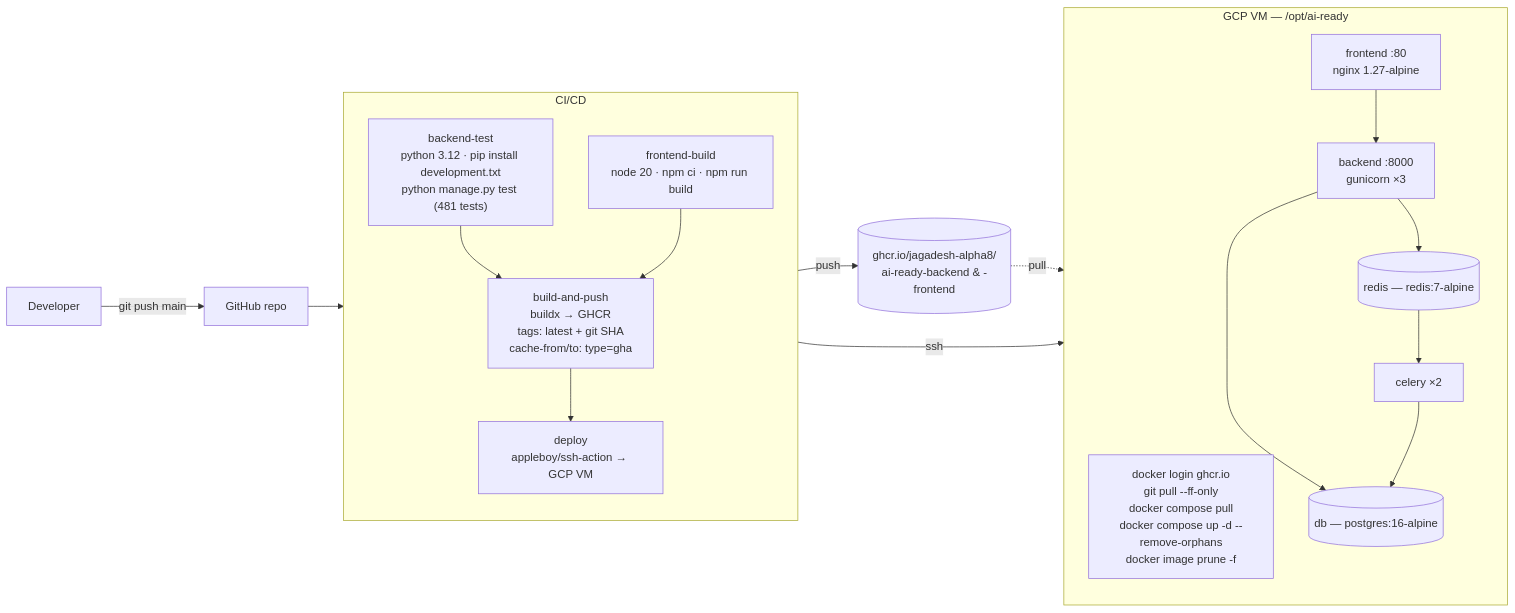
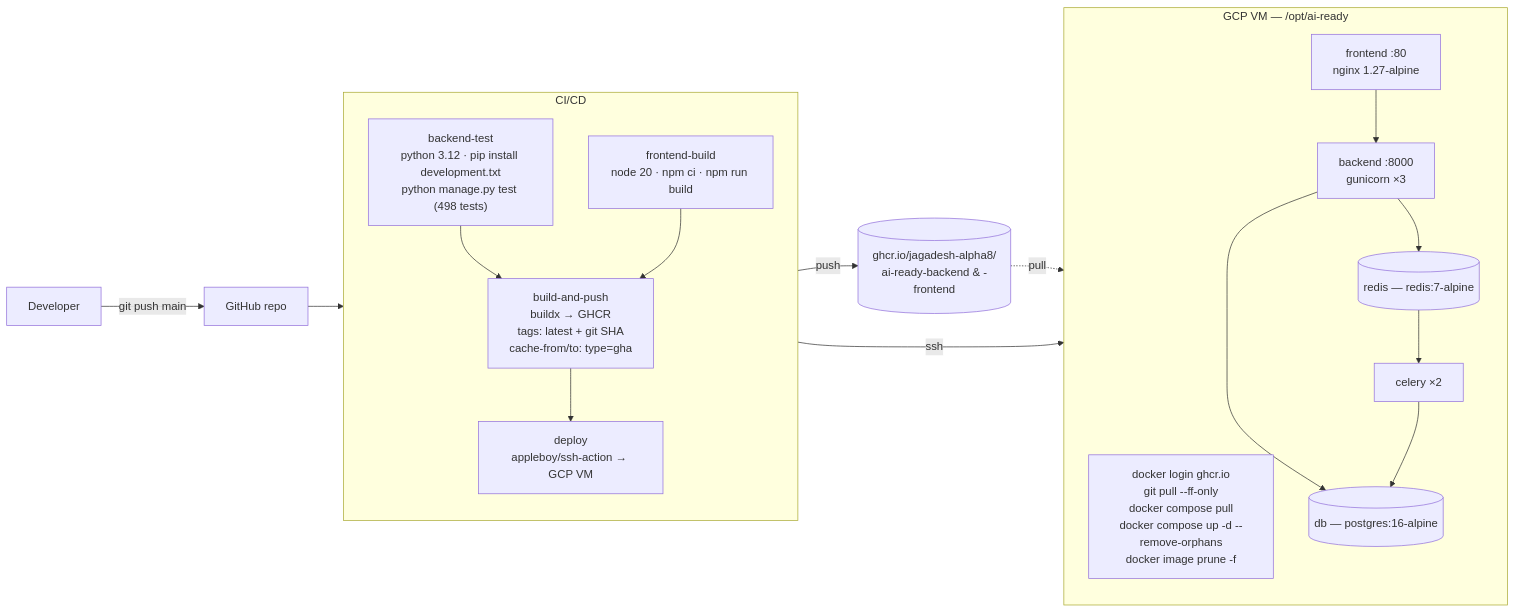
Diagram 16 of 18 in PROJECT_WORKFLOW_AND_TECHNICAL_REPORT.md (jagadesh-alpha8/AI-READY), drawn with Mermaid before and after one commit. The commit also changed other lines of this file and 4 other files, not shown here.

````diff
--- a/PROJECT_WORKFLOW_AND_TECHNICAL_REPORT.md
+++ b/PROJECT_WORKFLOW_AND_TECHNICAL_REPORT.md
@@ -2064,36 +2251,36 @@
 ```mermaid
 flowchart LR
     DEV["Developer"] -->|"git push main"| GH["GitHub repo"]
     GH --> CI["GitHub Actions — .github/workflows/ci-cd.yml"]
 
     subgraph CI["CI/CD"]
         direction TB
-        T1["backend-test<br/>python 3.12 · pip install development.txt<br/>python manage.py test (481 tests)"]
+        T1["backend-test<br/>python 3.12 · pip install development.txt<br/>python manage.py test (498 tests)"]
         T2["frontend-build<br/>node 20 · npm ci · npm run build"]
         T3["build-and-push<br/>buildx → GHCR<br/>tags: latest + git SHA<br/>cache-from/to: type=gha"]
         T4["deploy<br/>appleboy/ssh-action → GCP VM"]
         T1 --> T3
         T2 --> T3
         T3 --> T4
     end
 
     T3 -->|"push"| GHCR[("ghcr.io/jagadesh-alpha8/<br/>ai-ready-backend & -frontend")]
     T4 -->|"ssh"| VM
 
     subgraph VM["GCP VM — /opt/ai-ready"]
         direction TB
         CMD["docker login ghcr.io<br/>git pull --ff-only<br/>docker compose pull<br/>docker compose up -d --remove-orphans<br/>docker image prune -f"]
         NGX["frontend :80<br/>nginx 1.27-alpine"]
         BE["backend :8000<br/>gunicorn ×3"]
         CEL["celery ×2"]
         PG[("db — postgres:16-alpine")]
         RD[("redis — redis:7-alpine")]
     end
 
     GHCR -.->|"pull"| VM
     NGX --> BE
     BE --> PG
     BE --> RD
     RD --> CEL
     CEL --> PG
 ```
````
